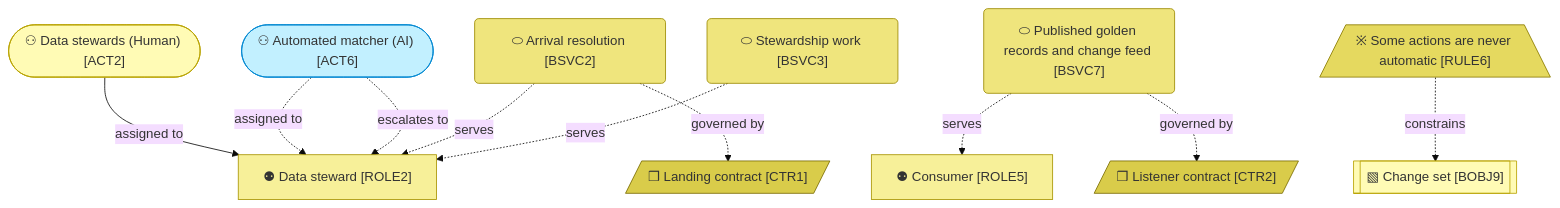
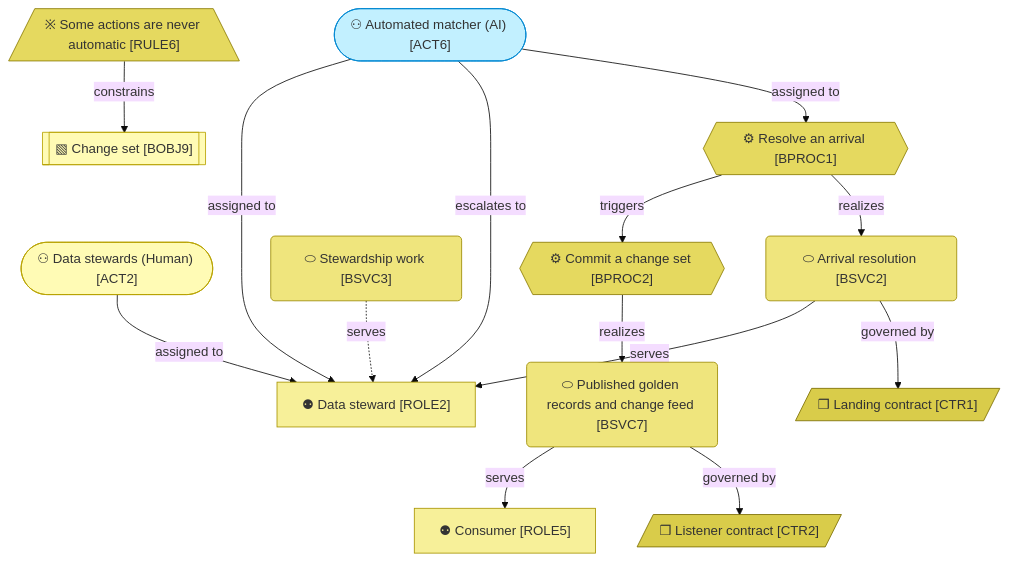
One commit to roanboc/dbx-master-data-manager changed the second of 2 diagrams in architecture/2_business/README.md. Above: the diagram before and after it, drawn with Mermaid (base theme). The commit also changed other lines of this file and 49 other files, not shown here.

````diff
--- a/architecture/2_business/README.md
+++ b/architecture/2_business/README.md
@@ -54,32 +58,39 @@
 ```mermaid
 flowchart TB
   act2(["⚇ Data stewards (Human) [ACT2]"]):::actor
   act6(["⚇ Automated matcher (AI) [ACT6]"]):::actorAI
   role2["⚉ Data steward [ROLE2]"]:::role
   role5["⚉ Consumer [ROLE5]"]:::role
   bsvc2("⬭ Arrival resolution [BSVC2]"):::service
   bsvc3("⬭ Stewardship work [BSVC3]"):::service
   bsvc7("⬭ Published golden records and change feed [BSVC7]"):::service
+  bproc1{{"⚙ Resolve an arrival [BPROC1]"}}:::process
+  bproc2{{"⚙ Commit a change set [BPROC2]"}}:::process
   ctr1[/"❒ Landing contract [CTR1]"/]:::contract
   ctr2[/"❒ Listener contract [CTR2]"/]:::contract
   rule6[/"※ Some actions are never automatic [RULE6]"\]:::rule
   bobj9[["▧ Change set [BOBJ9]"]]:::object
 
   act2 -->|assigned to| role2
-  act6 -.->|assigned to| role2
-  act6 -.->|escalates to| role2
-  bsvc2 -.->|serves| role2
+  act6 -->|assigned to| role2
+  act6 -->|escalates to| role2
+  act6 -->|assigned to| bproc1
+  bproc1 -->|triggers| bproc2
+  bproc1 -->|realizes| bsvc2
+  bproc2 -->|realizes| bsvc7
+  bsvc2 -->|serves| role2
   bsvc3 -.->|serves| role2
-  bsvc7 -.->|serves| role5
-  bsvc2 -.->|governed by| ctr1
-  bsvc7 -.->|governed by| ctr2
-  rule6 -.->|constrains| bobj9
+  bsvc7 -->|serves| role5
+  bsvc2 -->|governed by| ctr1
+  bsvc7 -->|governed by| ctr2
+  rule6 -->|constrains| bobj9
 
   classDef actor fill:#fffbb5,stroke:#b8a200,color:#333
   classDef actorAI fill:#c2f0ff,stroke:#0288d1,color:#333
   classDef role fill:#f7f099,stroke:#a89400,color:#333
   classDef service fill:#efe57d,stroke:#9c8a00,color:#333
   classDef contract fill:#d9cc4a,stroke:#7a6c00,color:#333
+  classDef process fill:#e5d95f,stroke:#8a7a00,color:#333
   classDef object fill:#fffbb5,stroke:#b8a200,color:#333
   classDef rule fill:#e5d95f,stroke:#8a7a00,color:#333
 ```
````
